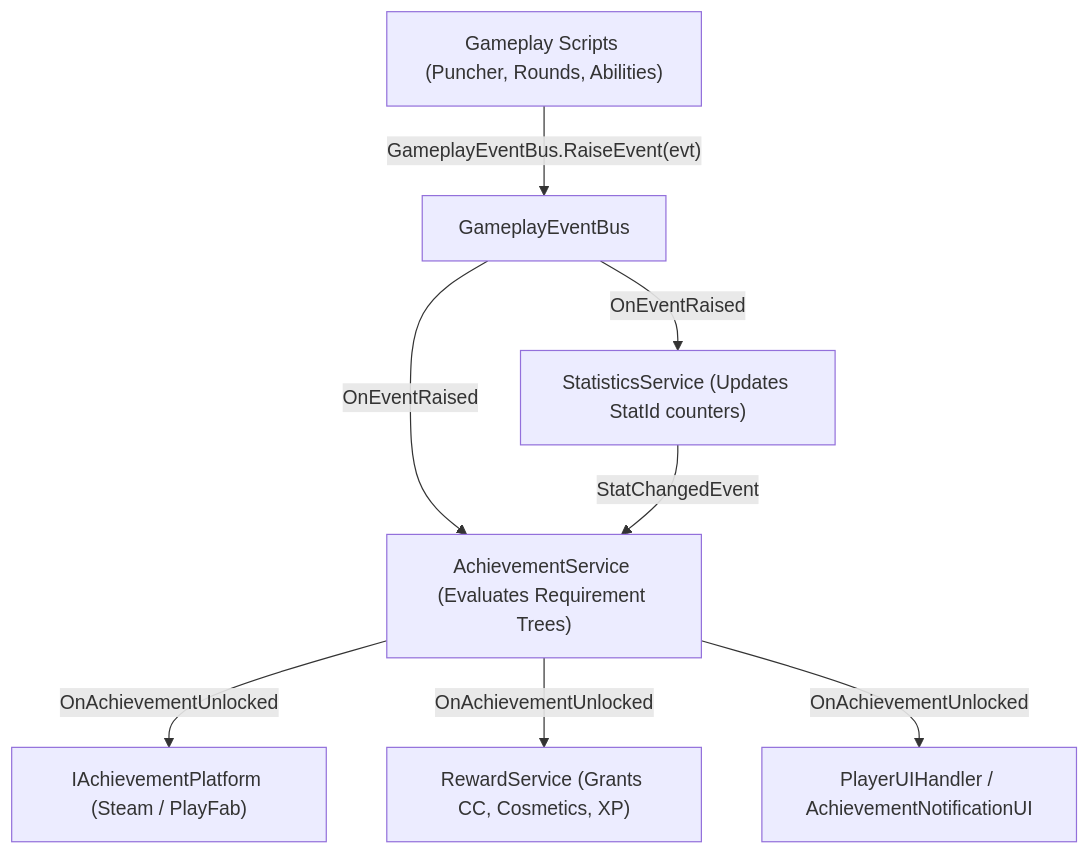
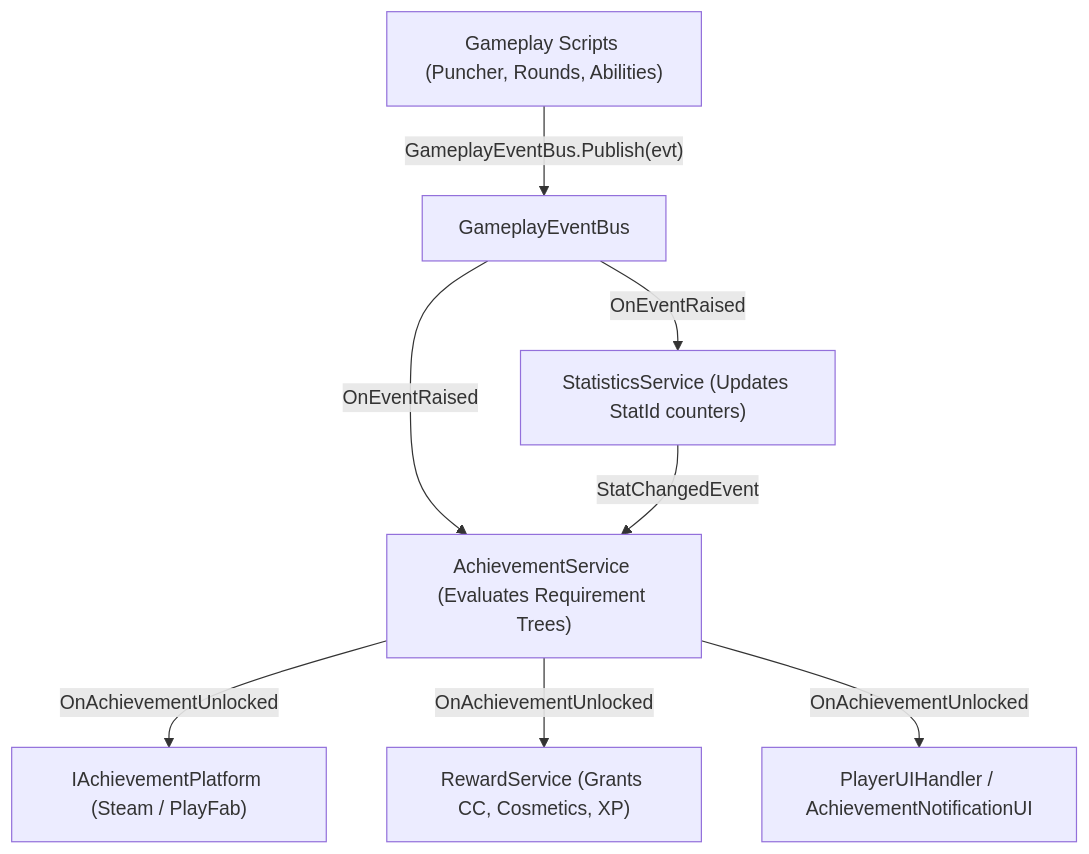
The diagram in docs/ACHIEVEMENTS_AND_EVENTS.md (Nanopaw-Studios/CUBE), drawn with Mermaid before and after one commit. The commit also changed other lines of this file and 179 other files, not shown here.

````diff
--- a/docs/ACHIEVEMENTS_AND_EVENTS.md
+++ b/docs/ACHIEVEMENTS_AND_EVENTS.md
@@ -9,13 +9,13 @@
 ```mermaid
 graph TD
-    GAME["Gameplay Scripts (Puncher, Rounds, Abilities)"] -->|"GameplayEventBus.RaiseEvent(evt)"| BUS["GameplayEventBus"]
+    GAME["Gameplay Scripts (Puncher, Rounds, Abilities)"] -->|"GameplayEventBus.Publish(evt)"| BUS["GameplayEventBus"]
     
     BUS -->|"OnEventRaised"| STATS["StatisticsService (Updates StatId counters)"]
     BUS -->|"OnEventRaised"| ACH["AchievementService (Evaluates Requirement Trees)"]
     
     STATS -->|"StatChangedEvent"| ACH
     
     ACH -->|"OnAchievementUnlocked"| PLAT["IAchievementPlatform (Steam / PlayFab)"]
     ACH -->|"OnAchievementUnlocked"| REW["RewardService (Grants CC, Cosmetics, XP)"]
     ACH -->|"OnAchievementUnlocked"| UI["PlayerUIHandler / AchievementNotificationUI"]
 ```
````
